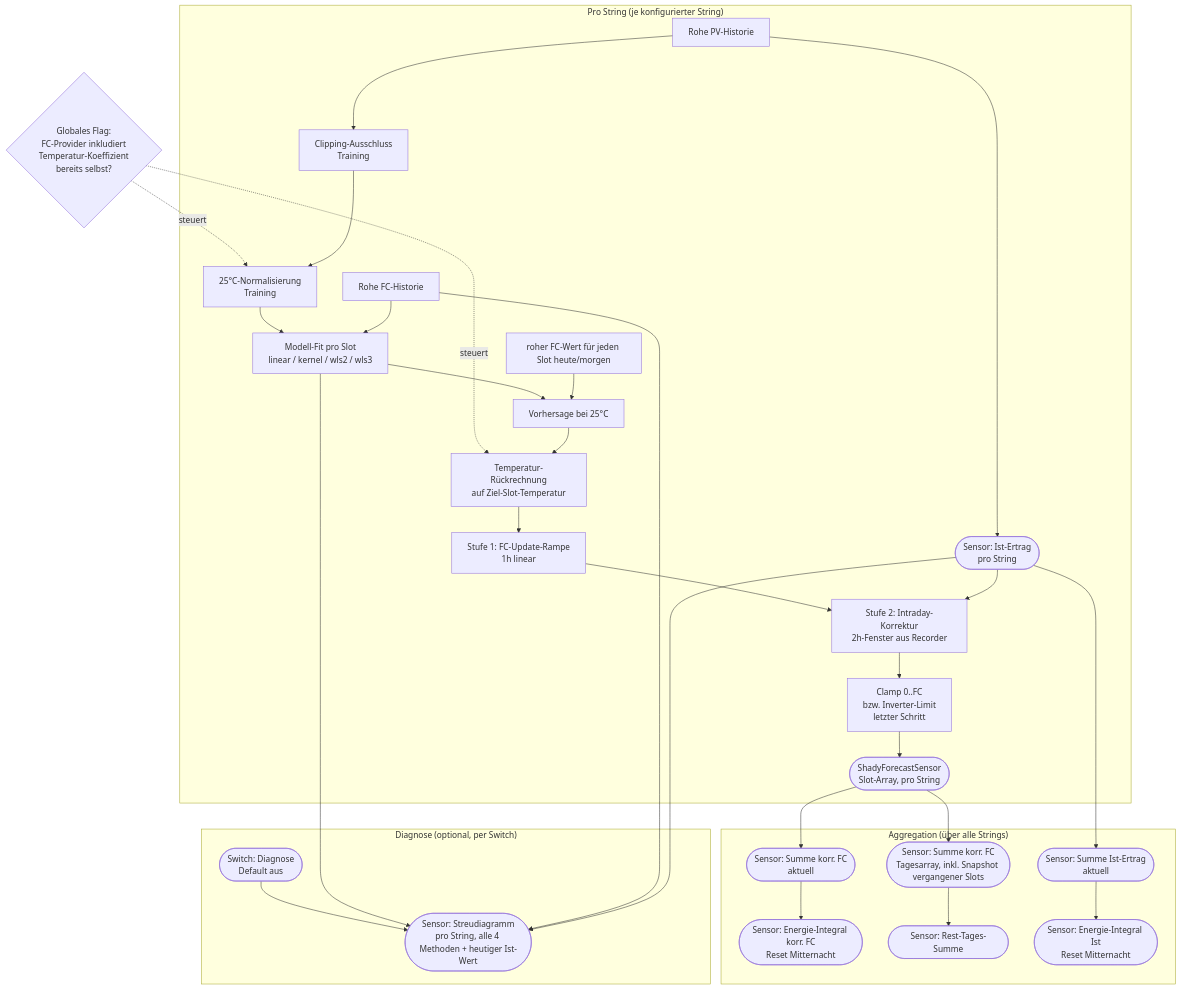
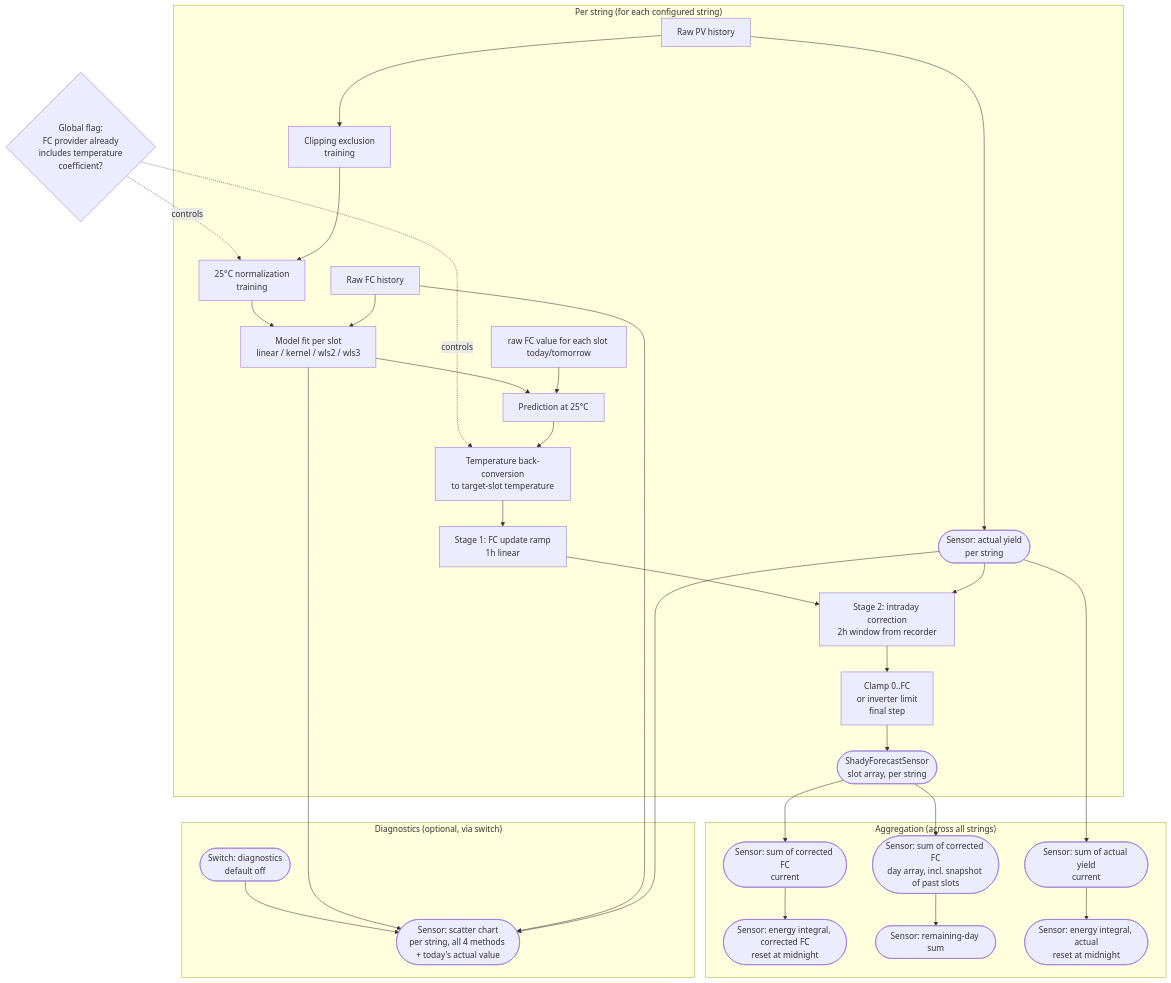
The diagram in docs/architecture.mmd (eschnepel/shady), drawn with Mermaid before and after one commit. The commit also changed 9 other files, not shown here.

```diff
--- a/docs/architecture.mmd
+++ b/docs/architecture.mmd
@@ -1,59 +1,59 @@
 flowchart TB
-  TEMPFLAG{Globales Flag:<br/>FC-Provider inkludiert<br/>Temperatur-Koeffizient<br/>bereits selbst?}
+  TEMPFLAG{Global flag:<br/>FC provider already<br/>includes temperature<br/>coefficient?}
 
-  subgraph String["Pro String (je konfigurierter String)"]
-    TEMPBACK[Temperatur-Rückrechnung<br/>auf Ziel-Slot-Temperatur]
-    RAMP[Stufe 1: FC-Update-Rampe<br/>1h linear]
-    INTRA[Stufe 2: Intraday-Korrektur<br/>2h-Fenster aus Recorder]
-    CLAMP[Clamp 0..FC<br/>bzw. Inverter-Limit<br/>letzter Schritt]
-    PVSensor([Sensor: Ist-Ertrag<br/>pro String])
-    CLIP[Clipping-Ausschluss<br/>Training]
-    FCLive[roher FC-Wert für jeden Slot heute/morgen]
-    PV[Rohe PV-Historie]
-    FIT[Modell-Fit pro Slot<br/>linear / kernel / wls2 / wls3]
-    TEMP[25°C-Normalisierung<br/>Training]
-    PRED[Vorhersage bei 25°C]
-    FC[Rohe FC-Historie]
-    FCSensor([ShadyForecastSensor<br/>Slot-Array, pro String])
+  subgraph String["Per string (for each configured string)"]
+    TEMPBACK[Temperature back-conversion<br/>to target-slot temperature]
+    RAMP[Stage 1: FC update ramp<br/>1h linear]
+    INTRA[Stage 2: intraday correction<br/>2h window from recorder]
+    CLAMP[Clamp 0..FC<br/>or inverter limit<br/>final step]
+    PVSensor([Sensor: actual yield<br/>per string])
+    CLIP[Clipping exclusion<br/>training]
+    FCLive[raw FC value for each slot today/tomorrow]
+    PV[Raw PV history]
+    FIT[Model fit per slot<br/>linear / kernel / wls2 / wls3]
+    TEMP[25°C normalization<br/>training]
+    PRED[Prediction at 25°C]
+    FC[Raw FC history]
+    FCSensor([ShadyForecastSensor<br/>slot array, per string])
 
   end
 
-  subgraph Agg["Aggregation (über alle Strings)"]
-    SUMFC([Sensor: Summe korr. FC<br/>aktuell])
-    DAYSUM([Sensor: Summe korr. FC<br/>Tagesarray, inkl. Snapshot vergangener Slots])
-    SUMPV([Sensor: Summe Ist-Ertrag<br/>aktuell])
-    INTFC([Sensor: Energie-Integral korr. FC<br/>Reset Mitternacht])
-    REST([Sensor: Rest-Tages-Summe])
-    INTPV([Sensor: Energie-Integral Ist<br/>Reset Mitternacht])
+  subgraph Agg["Aggregation (across all strings)"]
+    SUMFC([Sensor: sum of corrected FC<br/>current])
+    DAYSUM([Sensor: sum of corrected FC<br/>day array, incl. snapshot of past slots])
+    SUMPV([Sensor: sum of actual yield<br/>current])
+    INTFC([Sensor: energy integral, corrected FC<br/>reset at midnight])
+    REST([Sensor: remaining-day sum])
+    INTPV([Sensor: energy integral, actual<br/>reset at midnight])
 
   end
 
-  subgraph Diag["Diagnose (optional, per Switch)"]
-    SWITCH([Switch: Diagnose<br/>Default aus])
-    SCATTER([Sensor: Streudiagramm<br/>pro String, alle 4 Methoden + heutiger Ist-Wert])
+  subgraph Diag["Diagnostics (optional, via switch)"]
+    SWITCH([Switch: diagnostics<br/>default off])
+    SCATTER([Sensor: scatter chart<br/>per string, all 4 methods + today's actual value])
   end
 
-  TEMPFLAG -. steuert .-> TEMPBACK
+  TEMPFLAG -. controls .-> TEMPBACK
     PV --> CLIP
     PV --> PVSensor
-  TEMPFLAG -. steuert .-> TEMP
+  TEMPFLAG -. controls .-> TEMP
     CLIP --> TEMP
     TEMP --> FIT
     SWITCH --> SCATTER
   FIT --> SCATTER
     FC --> FIT
     FIT --> PRED
     FCLive --> PRED
     PRED --> TEMPBACK --> RAMP --> INTRA
     PVSensor --> INTRA
     INTRA --> CLAMP --> FCSensor
 
     RAMP ~~~~~~ SWITCH
   FCSensor --> DAYSUM
     DAYSUM --> REST
     SUMPV --> INTPV
     SUMFC --> INTFC
   FCSensor --> SUMFC
   PVSensor --> SUMPV
   FC --> SCATTER
   PVSensor --> SCATTER
```
